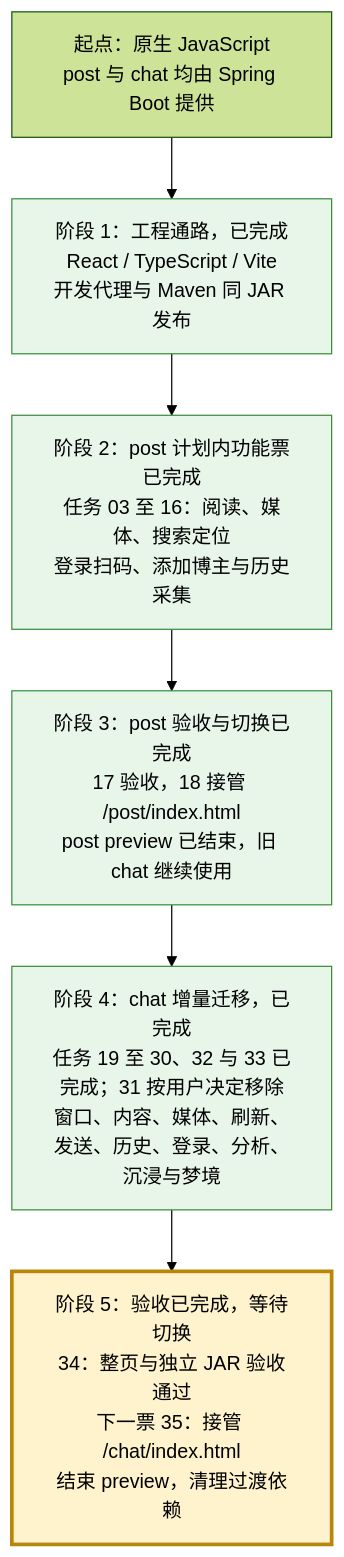
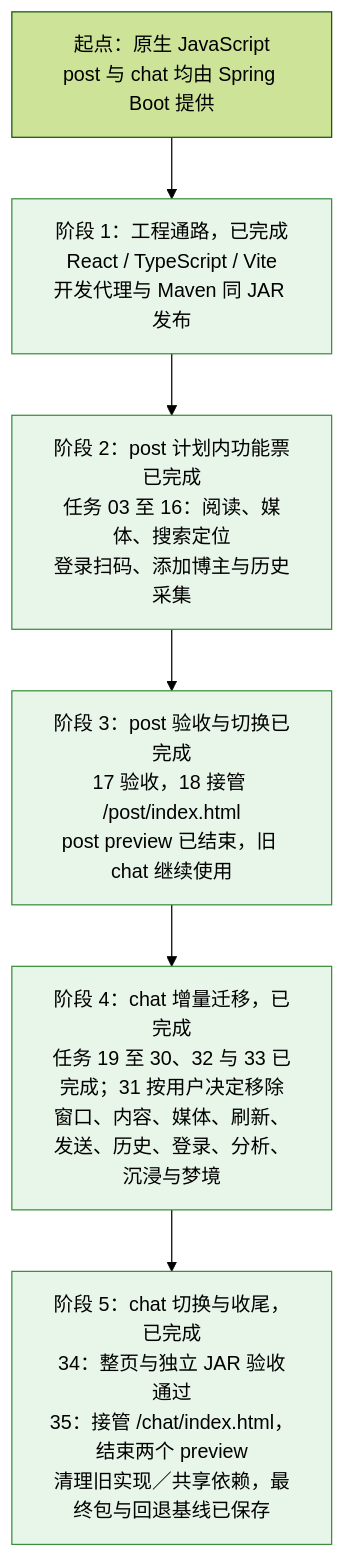
One commit to findxyz/vb-weibo-plus changed the diagram in .scratch/react-migration/PLAN.md. Above: the diagram before and after it, drawn with Mermaid (forest theme). The commit also changed other lines of this file and 11 other files, not shown here.

````diff
--- a/.scratch/react-migration/PLAN.md
+++ b/.scratch/react-migration/PLAN.md
@@ -18,14 +18,12 @@
 ```mermaid
 flowchart TD
     A["起点：原生 JavaScript<br/>post 与 chat 均由 Spring Boot 提供"]
     B["阶段 1：工程通路，已完成<br/>React / TypeScript / Vite<br/>开发代理与 Maven 同 JAR 发布"]
     C["阶段 2：post 计划内功能票已完成<br/>任务 03 至 16：阅读、媒体、搜索定位<br/>登录扫码、添加博主与历史采集"]
     D["阶段 3：post 验收与切换已完成<br/>17 验收，18 接管 /post/index.html<br/>post preview 已结束，旧 chat 继续使用"]
     E["阶段 4：chat 增量迁移，已完成<br/>任务 19 至 30、32 与 33 已完成；31 按用户决定移除<br/>窗口、内容、媒体、刷新、发送、历史、登录、分析、沉浸与梦境"]
-    F["阶段 5：验收已完成，等待切换<br/>34：整页与独立 JAR 验收通过<br/>下一票 35：接管 /chat/index.html<br/>结束 preview，清理过渡依赖"]
+    F["阶段 5：chat 切换与收尾，已完成<br/>34：整页与独立 JAR 验收通过<br/>35：接管 /chat/index.html，结束两个 preview<br/>清理旧实现／共享依赖，最终包与回退基线已保存"]
     A --> B --> C --> D --> E --> F
     classDef complete fill:#e8f5e9,stroke:#388e3c
-    classDef current fill:#fff3cd,stroke:#b8860b,stroke-width:3px
-    class B,C,D,E complete
-    class F current
+    class B,C,D,E,F complete
 ```
````
